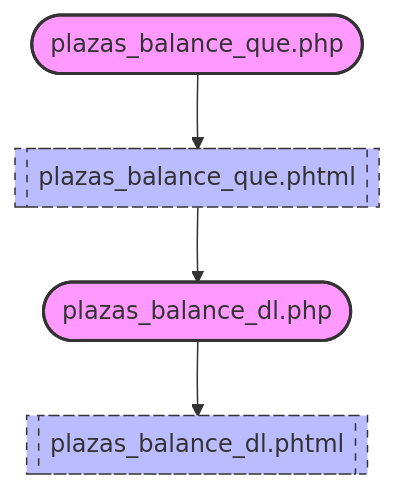
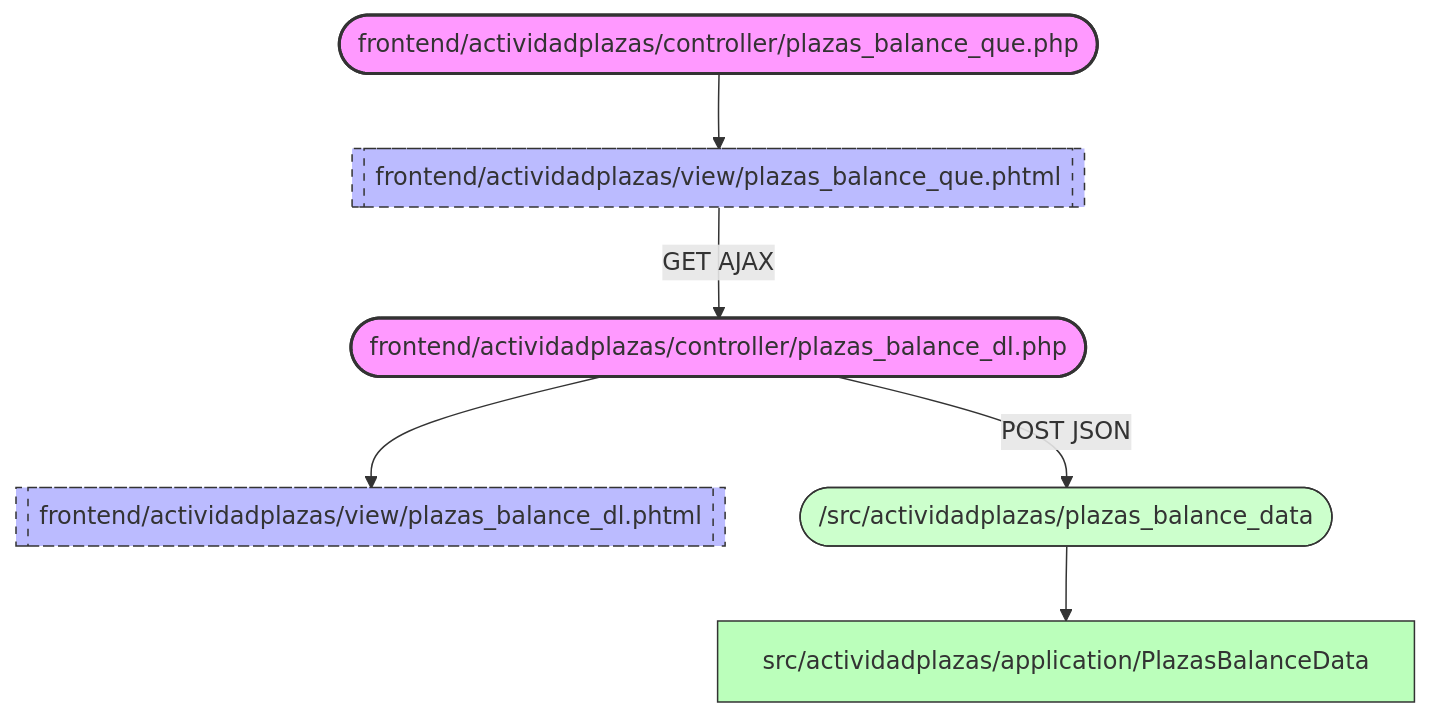
The diagram in documentacion/Documentacion_Obix/actividadplazas/mapa_plazas_balance_que.md (olvidio/orbix), drawn with Mermaid before and after one commit. The commit also changed 2 other files, not shown here.

Commit message:
refactor actividadplazas 2

````diff
--- a/documentacion/Documentacion_Obix/actividadplazas/mapa_plazas_balance_que.md
+++ b/documentacion/Documentacion_Obix/actividadplazas/mapa_plazas_balance_que.md
@@ -1,11 +1,21 @@
 ```mermaid
 flowchart TD
     %% Estils de nodes
     classDef controller fill:#f9f,stroke:#333,stroke-width:2px;
     classDef vista fill:#bbf,stroke:#333,stroke-width:1px,stroke-dasharray: 5 5;
-    classDef error fill:#ff9999,stroke:#cc0000,stroke-width:2px;
+    classDef backend fill:#cfc,stroke:#333,stroke-width:1px;
+    classDef usecase fill:#bfb,stroke:#333,stroke-width:1px;
 
-    apps_actividadplazas_controller_plazas_balance_que_php(["plazas_balance_que.php"]):::controller --> apps_actividadplazas_view_plazas_balance_que_phtml[["plazas_balance_que.phtml"]]:::vista
-    apps_actividadplazas_view_plazas_balance_que_phtml --> apps_actividadplazas_controller_plazas_balance_dl_php(["plazas_balance_dl.php"]):::controller
-    apps_actividadplazas_controller_plazas_balance_dl_php(["plazas_balance_dl.php"]):::controller --> apps_actividadplazas_view_plazas_balance_dl_phtml[["plazas_balance_dl.phtml"]]:::vista
+    %% Entrada (menu)
+    frontend_actividadplazas_controller_plazas_balance_que_php(["frontend/actividadplazas/controller/plazas_balance_que.php"]):::controller --> frontend_actividadplazas_view_plazas_balance_que_phtml[["frontend/actividadplazas/view/plazas_balance_que.phtml"]]:::vista
+
+    %% AJAX al controlador de detalle (HTML de la tabla)
+    frontend_actividadplazas_view_plazas_balance_que_phtml -- GET AJAX --> frontend_actividadplazas_controller_plazas_balance_dl_php(["frontend/actividadplazas/controller/plazas_balance_dl.php"]):::controller
+    frontend_actividadplazas_controller_plazas_balance_dl_php --> frontend_actividadplazas_view_plazas_balance_dl_phtml[["frontend/actividadplazas/view/plazas_balance_dl.phtml"]]:::vista
+
+    %% Endpoints backend JSON
+    frontend_actividadplazas_controller_plazas_balance_dl_php -- POST JSON --> src_plazas_balance_data(["/src/actividadplazas/plazas_balance_data"]):::backend
+
+    %% Use cases
+    src_plazas_balance_data --> uc_data["src/actividadplazas/application/PlazasBalanceData"]:::usecase
 ```
````
